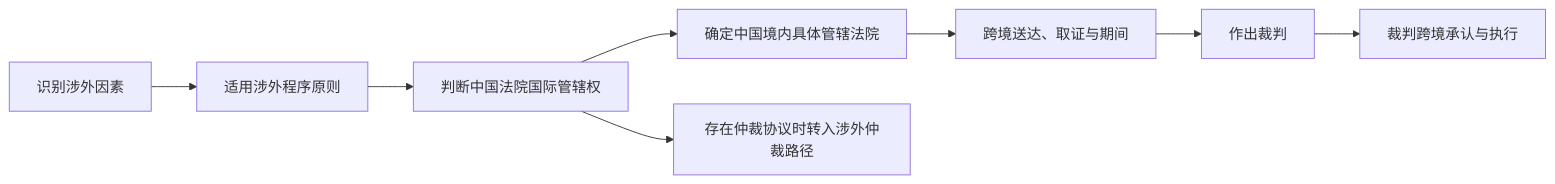
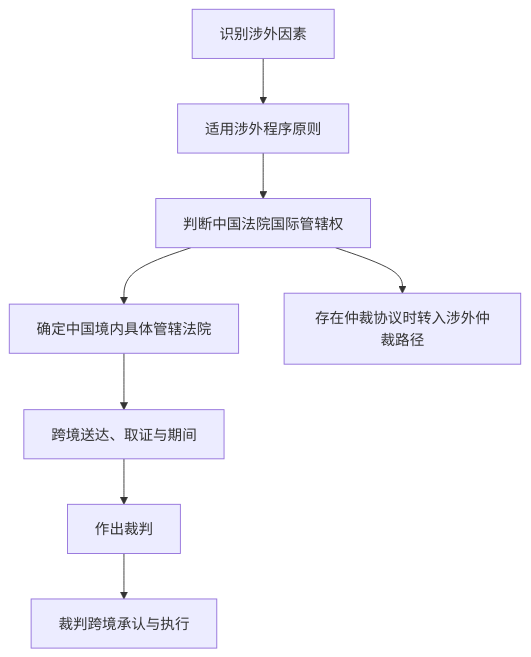
One commit to chilly-chilli/ChillyChilli changed the first of 3 diagrams in content/法学/民商法/民事诉讼法/XVIII 涉外民事诉讼程序.md. Above: the diagram before and after it, drawn with Mermaid. The commit also changed 29 other files, not shown here.

````diff
--- a/content/法学/民商法/民事诉讼法/XVIII 涉外民事诉讼程序.md
+++ b/content/法学/民商法/民事诉讼法/XVIII 涉外民事诉讼程序.md
@@ -35,10 +35,10 @@
 ```mermaid
-flowchart LR
+flowchart TD
     A["识别涉外因素"] --> B["适用涉外程序原则"]
     B --> C["判断中国法院国际管辖权"]
     C --> D["确定中国境内具体管辖法院"]
     D --> E["跨境送达、取证与期间"]
     E --> F["作出裁判"]
     F --> G["裁判跨境承认与执行"]
     C --> H["存在仲裁协议时转入涉外仲裁路径"]
 ```
````
